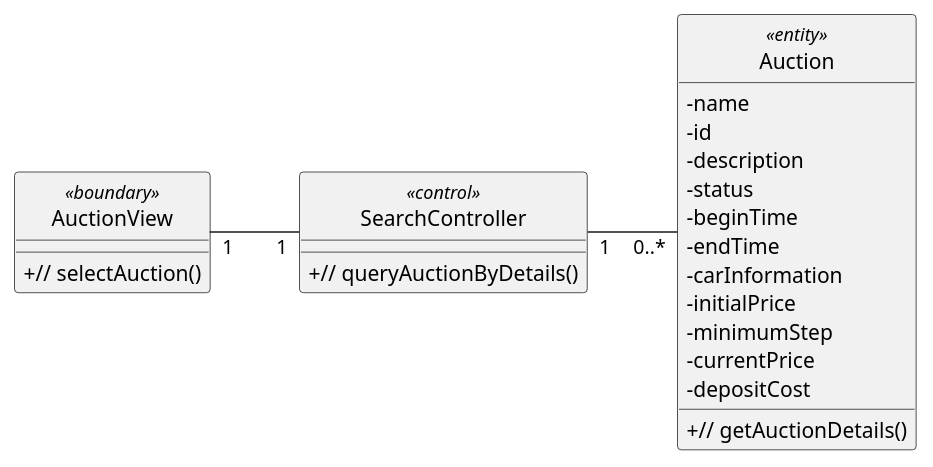
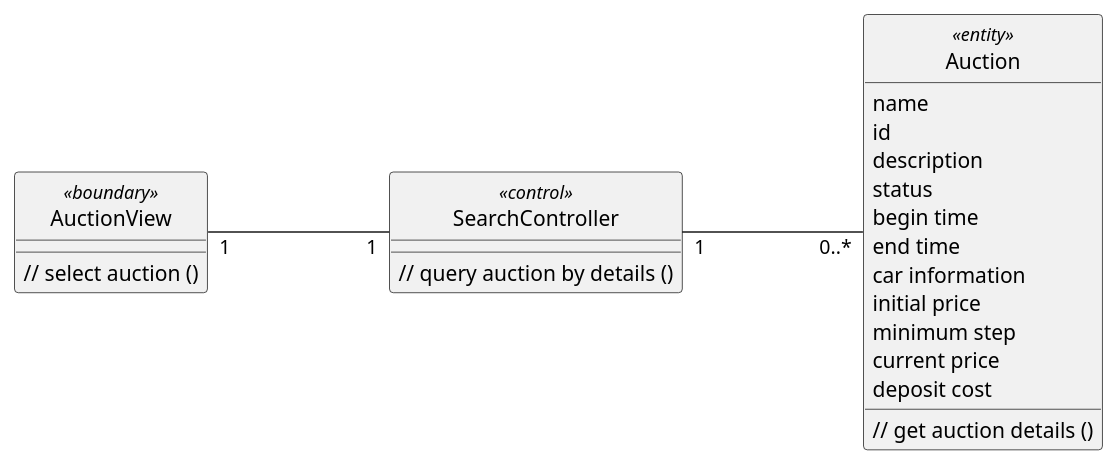
One commit to anhbanlinhle/velocity-exchange changed the diagram in uml/analysis/class/view_auction_information.pu. Above: the diagram before and after it, drawn with PlantUML. The commit also changed 3 other files, not shown here.

Commit message:
doc[lynn]: vopc diagram 4-6-7-8

```diff
--- a/uml/analysis/class/view_auction_information.pu
+++ b/uml/analysis/class/view_auction_information.pu
@@ -1,41 +1,41 @@
 @startuml 
 left to right direction
 skinparam classAttributeIconSize 0
 skinparam linetype ortho
 hide circle
 class AuctionView <<boundary>> {
 
-    + // selectAuction()
+    // select auction ()
 
     }
 
 class SearchController <<control>> {
     
-    + // queryAuctionByDetails()
+    // query auction by details ()
 
     }
 
 class Auction <<entity>> {
-    - name
-    - id
-    - description
-    - status
-    - beginTime
-    - endTime
-    - carInformation
-    - initialPrice
-    - minimumStep
-    - currentPrice
-    - depositCost
+    name
+    id
+    description
+    status
+    begin time
+    end time
+    car information
+    initial price
+    minimum step
+    current price
+    deposit cost
 
-    + // getAuctionDetails()
+    // get auction details ()
 
     }
 
 
-AuctionView "1" -- "1" SearchController
+AuctionView "1" --- "1" SearchController
 
-SearchController "1" -- "0..*" Auction
+SearchController "1" --- "0..*" Auction
 
 
 @enduml
```
